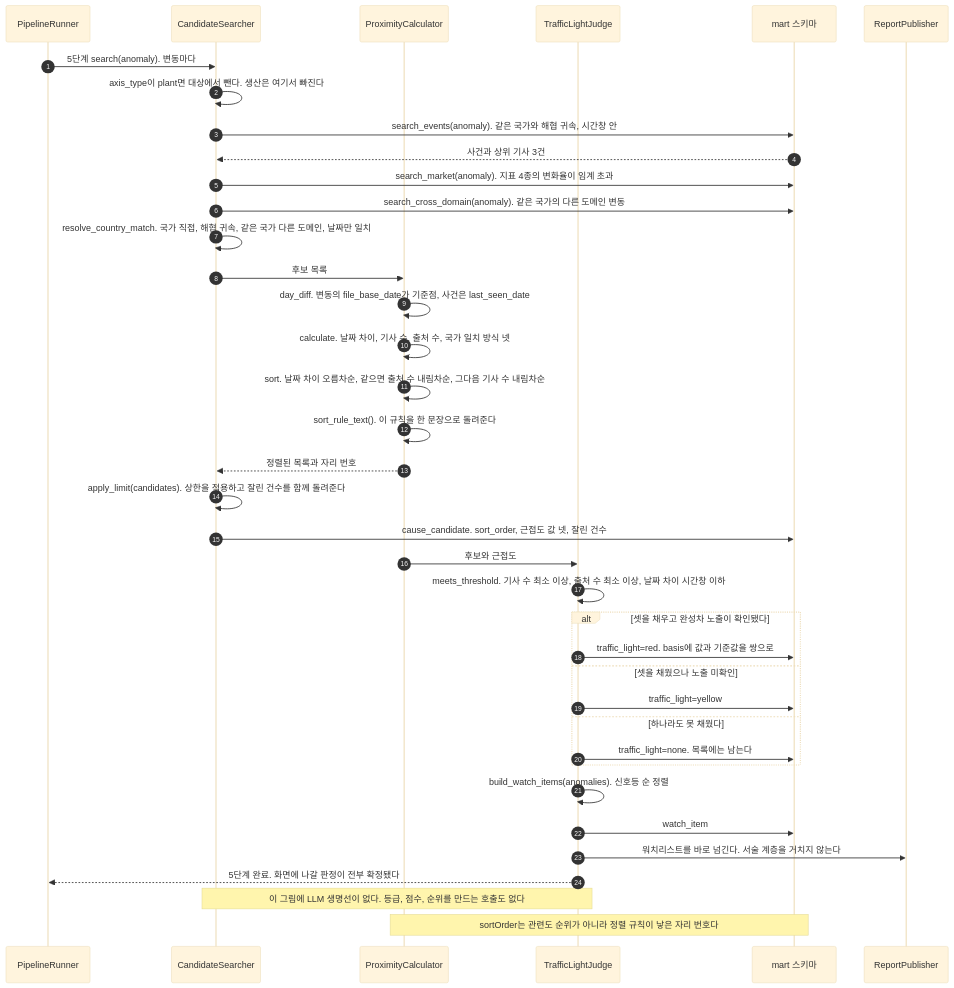
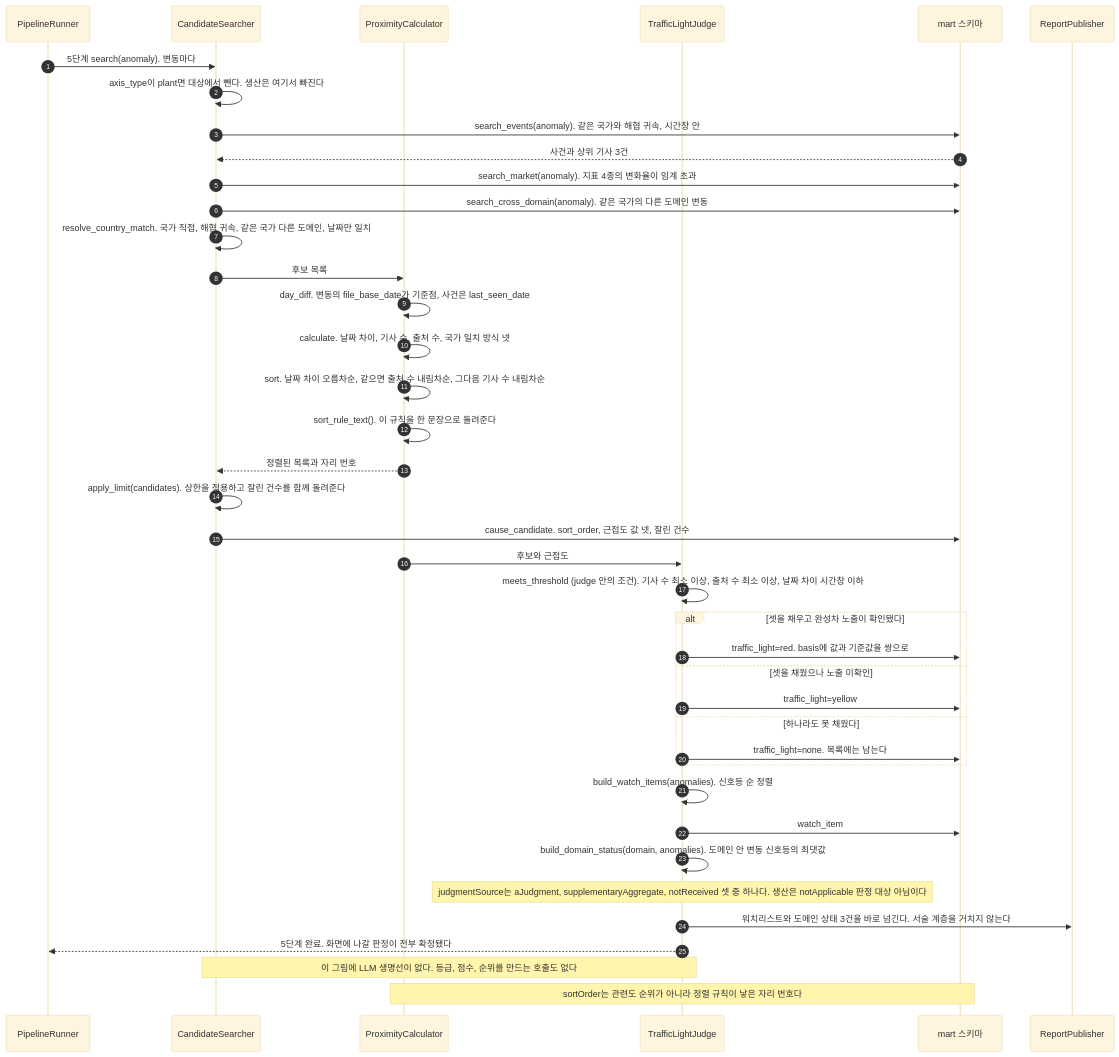
Before and after one commit to HoyoungParkme/tableau_platform: the eighth of 14 diagrams in docs/specs/09-SEQ/TBL-SEQ-001.md, drawn with Mermaid (base theme). The commit also changed other lines of this file, not shown here.

Commit message:
교차 검증 반영: A 리포트 열람 게시 사본 경로 확정(F1 닫음), 도메인 상태 신호등을 5단계 산출물로, notices와 소스별 최신일 게시, 백필 분기, 자기호출 라벨을 MS 이름에 맞춤, named_by=representativeArticle

````diff
--- a/docs/specs/09-SEQ/TBL-SEQ-001.md
+++ b/docs/specs/09-SEQ/TBL-SEQ-001.md
@@ -471,40 +500,42 @@
 ```mermaid
 sequenceDiagram
   autonumber
   participant RUN as PipelineRunner
   participant CS as CandidateSearcher
   participant PX as ProximityCalculator
   participant TLJ as TrafficLightJudge
   participant DB_MART as mart 스키마
   participant RP as ReportPublisher
   RUN->>CS: 5단계 search(anomaly). 변동마다
   CS->>CS: axis_type이 plant면 대상에서 뺀다. 생산은 여기서 빠진다
   CS->>DB_MART: search_events(anomaly). 같은 국가와 해협 귀속, 시간창 안
   DB_MART-->>CS: 사건과 상위 기사 3건
   CS->>DB_MART: search_market(anomaly). 지표 4종의 변화율이 임계 초과
   CS->>DB_MART: search_cross_domain(anomaly). 같은 국가의 다른 도메인 변동
   CS->>CS: resolve_country_match. 국가 직접, 해협 귀속, 같은 국가 다른 도메인, 날짜만 일치
   CS->>PX: 후보 목록
   PX->>PX: day_diff. 변동의 file_base_date가 기준점, 사건은 last_seen_date
   PX->>PX: calculate. 날짜 차이, 기사 수, 출처 수, 국가 일치 방식 넷
   PX->>PX: sort. 날짜 차이 오름차순, 같으면 출처 수 내림차순, 그다음 기사 수 내림차순
   PX->>PX: sort_rule_text(). 이 규칙을 한 문장으로 돌려준다
   PX-->>CS: 정렬된 목록과 자리 번호
   CS->>CS: apply_limit(candidates). 상한을 적용하고 잘린 건수를 함께 돌려준다
   CS->>DB_MART: cause_candidate. sort_order, 근접도 값 넷, 잘린 건수
   PX->>TLJ: 후보와 근접도
-  TLJ->>TLJ: meets_threshold. 기사 수 최소 이상, 출처 수 최소 이상, 날짜 차이 시간창 이하
+  TLJ->>TLJ: meets_threshold (judge 안의 조건). 기사 수 최소 이상, 출처 수 최소 이상, 날짜 차이 시간창 이하
   alt 셋을 채우고 완성차 노출이 확인됐다
     TLJ->>DB_MART: traffic_light=red. basis에 값과 기준값을 쌍으로
   else 셋을 채웠으나 노출 미확인
     TLJ->>DB_MART: traffic_light=yellow
   else 하나라도 못 채웠다
     TLJ->>DB_MART: traffic_light=none. 목록에는 남는다
   end
   TLJ->>TLJ: build_watch_items(anomalies). 신호등 순 정렬
   TLJ->>DB_MART: watch_item
-  TLJ->>RP: 워치리스트를 바로 넘긴다. 서술 계층을 거치지 않는다
+  TLJ->>TLJ: build_domain_status(domain, anomalies). 도메인 안 변동 신호등의 최댓값
+  Note over TLJ: judgmentSource는 aJudgment, supplementaryAggregate, notReceived 셋 중 하나다. 생산은 notApplicable 판정 대상 아님이다
+  TLJ->>RP: 워치리스트와 도메인 상태 3건을 바로 넘긴다. 서술 계층을 거치지 않는다
   TLJ-->>RUN: 5단계 완료. 화면에 나갈 판정이 전부 확정됐다
   Note over CS,TLJ: 이 그림에 LLM 생명선이 없다. 등급, 점수, 순위를 만드는 호출도 없다
   Note over PX,DB_MART: sortOrder는 관련도 순위가 아니라 정렬 규칙이 낳은 자리 번호다
 ```
````
